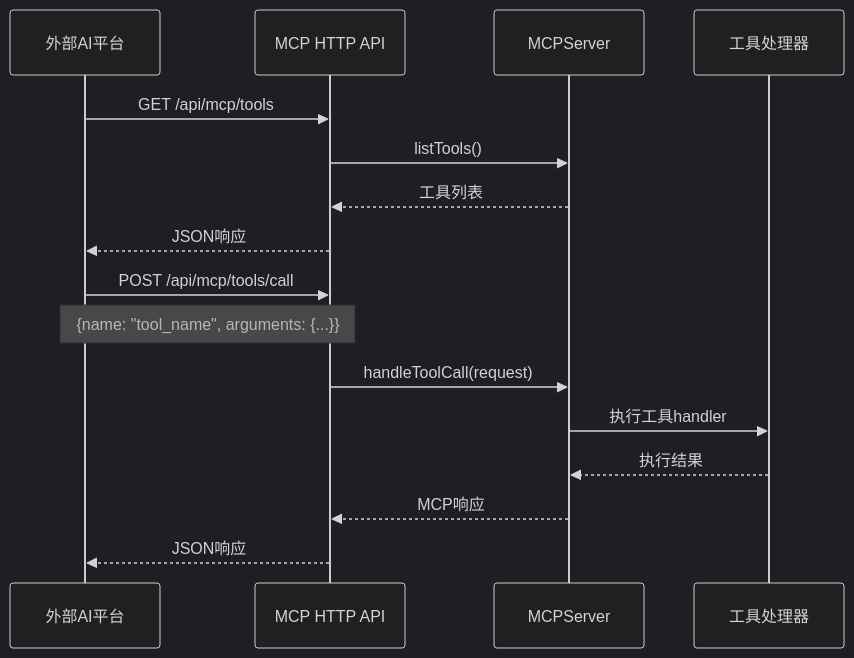
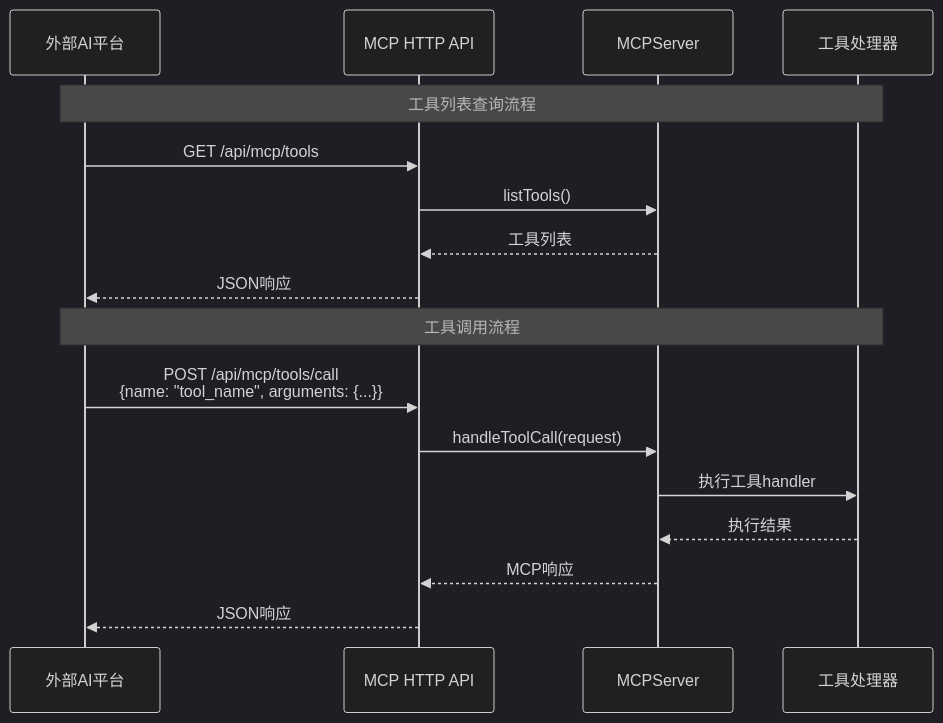
The second of 8 diagrams in docs/mcp-guide.md (sunflowermm/XRK-AGT), drawn with Mermaid (dark theme) before and after one commit. The commit also changed other lines of this file and 24 other files, not shown here.

````diff
--- a/docs/mcp-guide.md
+++ b/docs/mcp-guide.md
@@ -87,20 +87,21 @@
 ```mermaid
 sequenceDiagram
     participant Client as 外部AI平台
     participant API as MCP HTTP API
     participant Server as MCPServer
     participant Tool as 工具处理器
 
+    Note over Client,Tool: 工具列表查询流程
     Client->>API: GET /api/mcp/tools
     API->>Server: listTools()
     Server-->>API: 工具列表
     API-->>Client: JSON响应
 
-    Client->>API: POST /api/mcp/tools/call
-    Note over Client,API: {name: "tool_name", arguments: {...}}
+    Note over Client,Tool: 工具调用流程
+    Client->>API: POST /api/mcp/tools/call<br/>{name: "tool_name", arguments: {...}}
     API->>Server: handleToolCall(request)
     Server->>Tool: 执行工具handler
     Tool-->>Server: 执行结果
     Server-->>API: MCP响应
     API-->>Client: JSON响应
 ```
````
